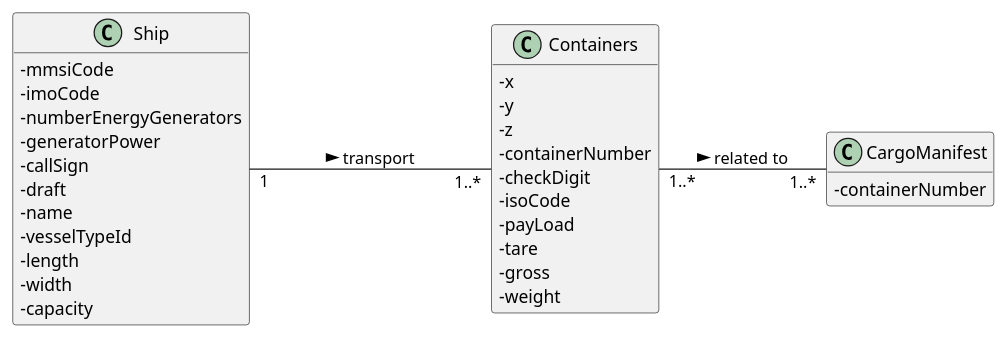
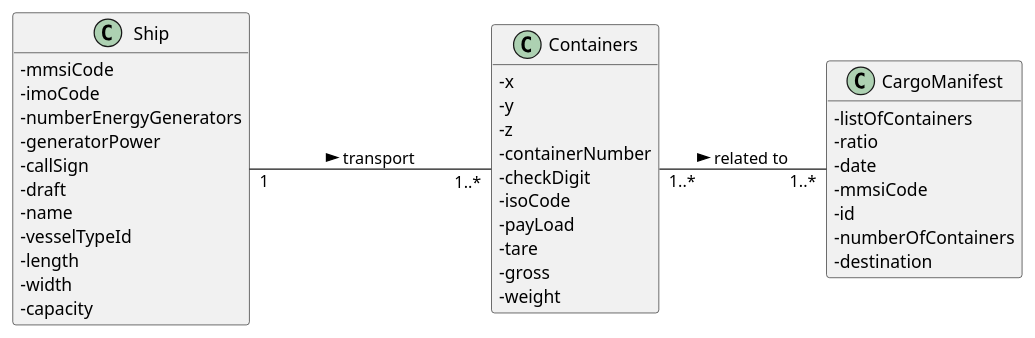
One commit to 0franciscor/lapr3-2021-g042 changed the diagram in docs/US208/DM_US208.puml. Above: the diagram before and after it, drawn with PlantUML. The commit also changed 6 other files, not shown here.

Commit message:
G42- 124 #time 1h #comment Adding the SD driagram and the class diagram of US208

```diff
--- a/docs/US208/DM_US208.puml
+++ b/docs/US208/DM_US208.puml
@@ -1,41 +1,47 @@
 @startuml
 'https://plantuml.com/sequence-diagram
 hide methods
 left to right direction
 skinparam classAttributeIconSize 0
 
 
 class Ship {
 -mmsiCode
 -imoCode
 -numberEnergyGenerators
 -generatorPower
 -callSign
 -draft
 -name
 -vesselTypeId
 -length
 -width
 -capacity
 }
 
 class Containers {
 -x
 -y
 -z
 -containerNumber
 -checkDigit
 -isoCode
 -payLoad
 -tare
 -gross
 -weight
 }
 
 class CargoManifest {
--containerNumber
+-listOfContainers
+-ratio
+-date
+-mmsiCode
+-id
+-numberOfContainers
+-destination
 }
 
 Containers "1..*"--"1..*" CargoManifest: related to >
 Ship "1"---"1..*" Containers : transport >
 @enduml
```
